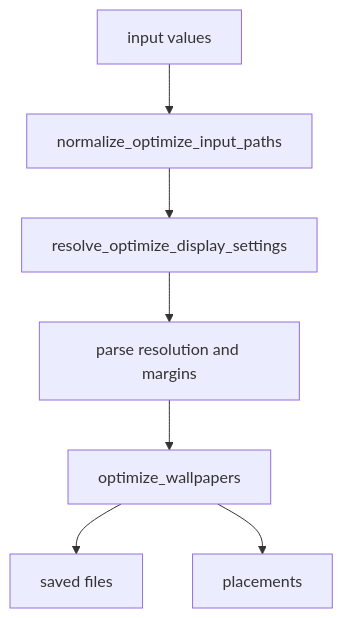
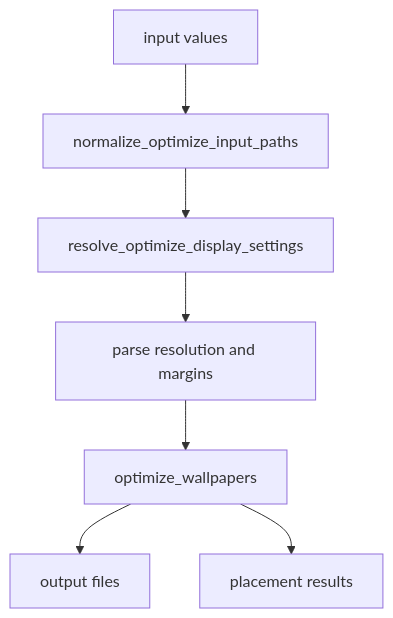
Before and after one commit to oggy8021/Harite: the first of 3 diagrams in docs/specs/core/harite-core-spec.md, drawn with Mermaid. The commit also changed other lines of this file and 85 other files, not shown here.

````diff
--- a/docs/specs/core/harite-core-spec.md
+++ b/docs/specs/core/harite-core-spec.md
@@ -25,9 +75,9 @@
 ```mermaid
 flowchart TD
     A[input values] --> B[normalize_optimize_input_paths]
     B --> C[resolve_optimize_display_settings]
     C --> D[parse resolution and margins]
     D --> E[optimize_wallpapers]
-    E --> F[saved files]
-    E --> G[placements]
+    E --> F[output files]
+    E --> G[placement results]
 ```
````
